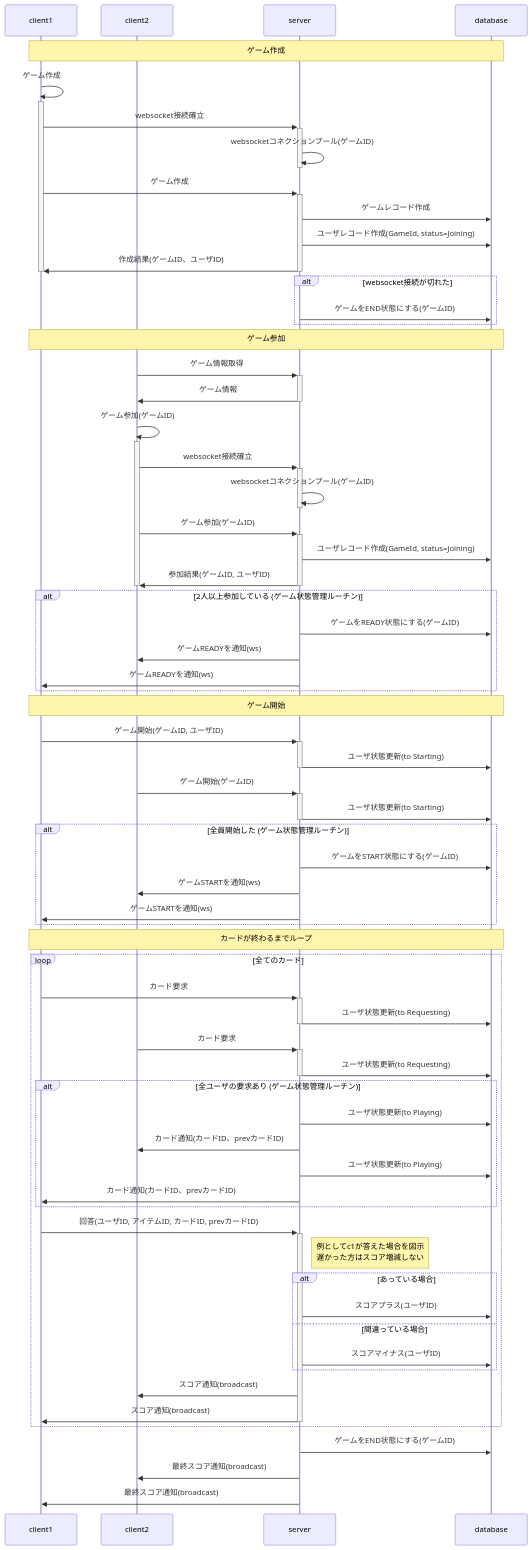
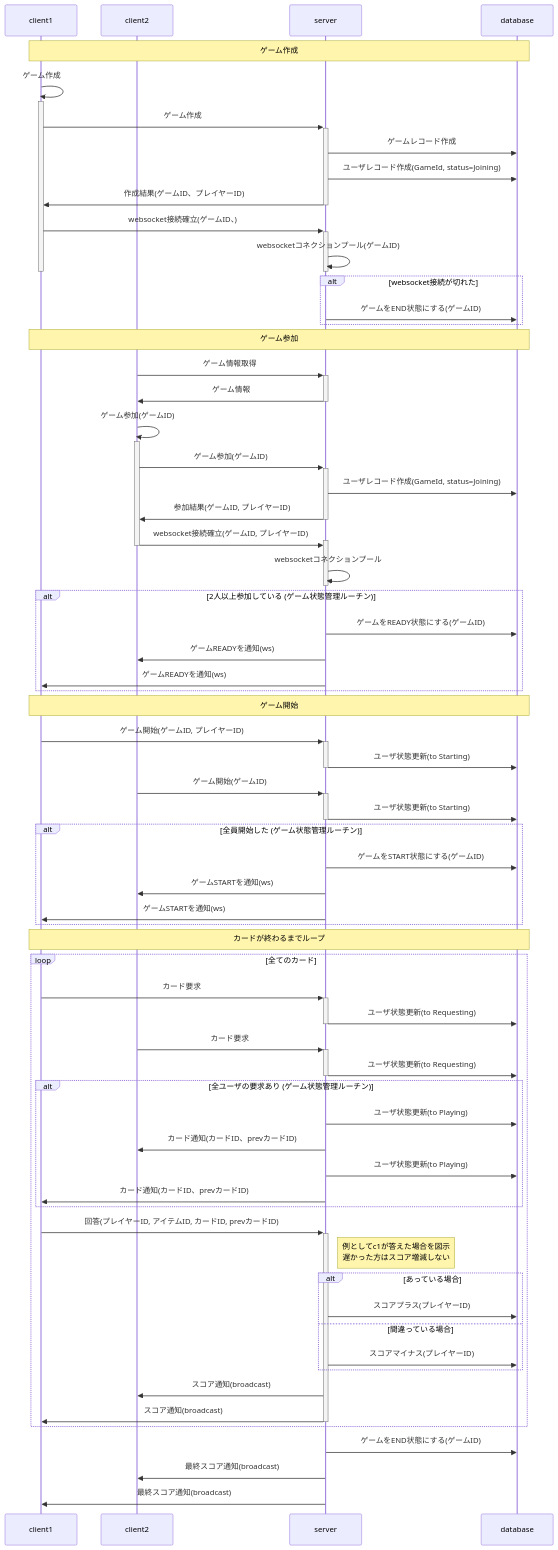
Before and after one commit to kiitosu/Gobble: the first of 2 diagrams in design.md, drawn with Mermaid. The commit also changed 4 other files, not shown here.

```diff
--- a/design.md
+++ b/design.md
@@ -214,12 +214,12 @@
     note over c1,d: ゲーム作成
     c1 ->> c1: ゲーム作成
     activate c1
-    c1 ->>+ s: websocket接続確立
-    s ->>- s: websocketコネクションプール(ゲームID)
     c1 ->>+ s: ゲーム作成
     s ->> d: ゲームレコード作成
     s ->> d: ユーザレコード作成(GameId, status=Joining)
-    s ->>- c1: 作成結果(ゲームID、ユーザID)
+    s ->>- c1: 作成結果(ゲームID、プレイヤーID)
+    c1 ->>+ s: websocket接続確立(ゲームID、)
+    s ->>- s: websocketコネクションプール(ゲームID)
     deactivate c1
 
     alt websocket接続が切れた
@@ -232,12 +232,12 @@
     s ->>- c2: ゲーム情報
     c2 ->> c2: ゲーム参加(ゲームID)
     activate c2
-    c2 ->>+ s: websocket接続確立
-    s ->>- s: websocketコネクションプール(ゲームID)
     c2 ->>+ s: ゲーム参加(ゲームID)
     s ->> d: ユーザレコード作成(GameId, status=Joining)
-    s ->>- c2: 参加結果(ゲームID, ユーザID)
+    s ->>- c2: 参加結果(ゲームID, プレイヤーID)
+    c2 ->>+ s: websocket接続確立(ゲームID, プレイヤーID)
     deactivate c2
+    s ->>- s: websocketコネクションプール
 
     alt 2人以上参加している (ゲーム状態管理ルーチン)
         s ->> d: ゲームをREADY状態にする(ゲームID)
@@ -248,7 +248,7 @@
     %% ゲーム開始
     note over c1,d: ゲーム開始
 
-    c1 ->>+ s: ゲーム開始(ゲームID, ユーザID)
+    c1 ->>+ s: ゲーム開始(ゲームID, プレイヤーID)
     s ->>- d: ユーザ状態更新(to Starting)
 
     c2 ->>+ s: ゲーム開始(ゲームID)
@@ -275,13 +275,13 @@
             s ->> c1: カード通知(カードID、prevカードID)
         end
 
-        c1 ->>+ s: 回答(ユーザID, アイテムID, カードID, prevカードID)
+        c1 ->>+ s: 回答(プレイヤーID, アイテムID, カードID, prevカードID)
         note right of s: 例としてc1が答えた場合を図示<br>遅かった方はスコア増減しない
 
         alt あっている場合
-            s ->> d: スコアプラス(ユーザID)
+            s ->> d: スコアプラス(プレイヤーID)
         else 間違っている場合
-            s ->> d: スコアマイナス(ユーザID)
+            s ->> d: スコアマイナス(プレイヤーID)
         end
         s ->> c2: スコア通知(broadcast)
         s ->>- c1: スコア通知(broadcast)
```
